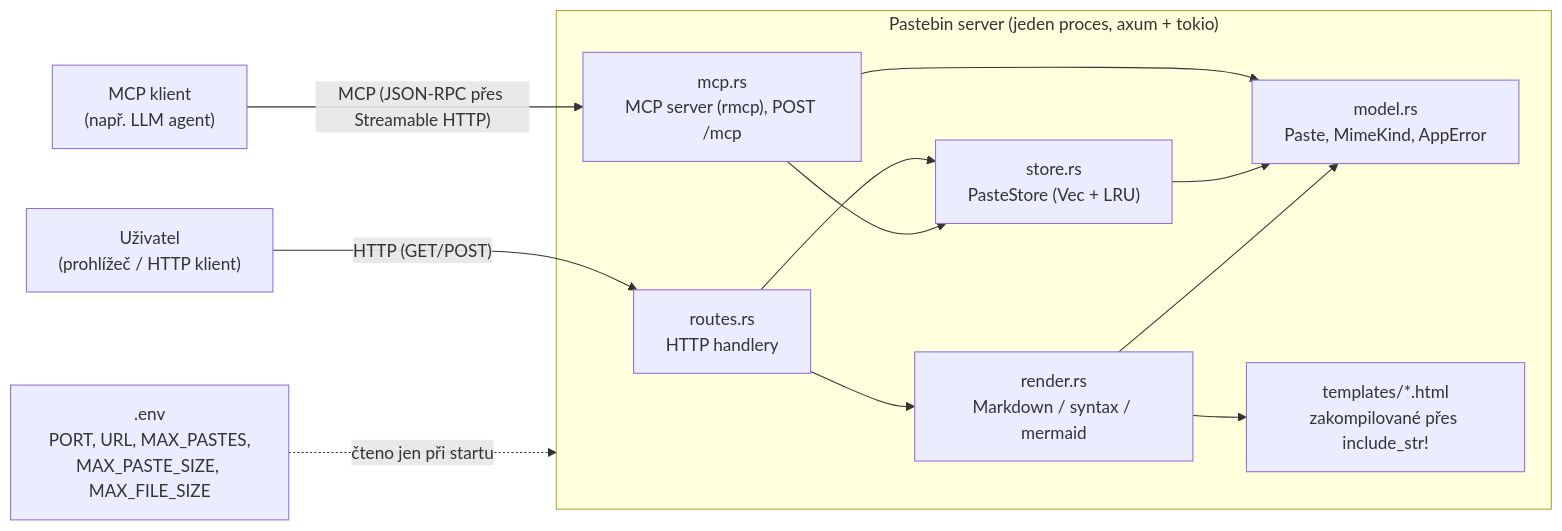
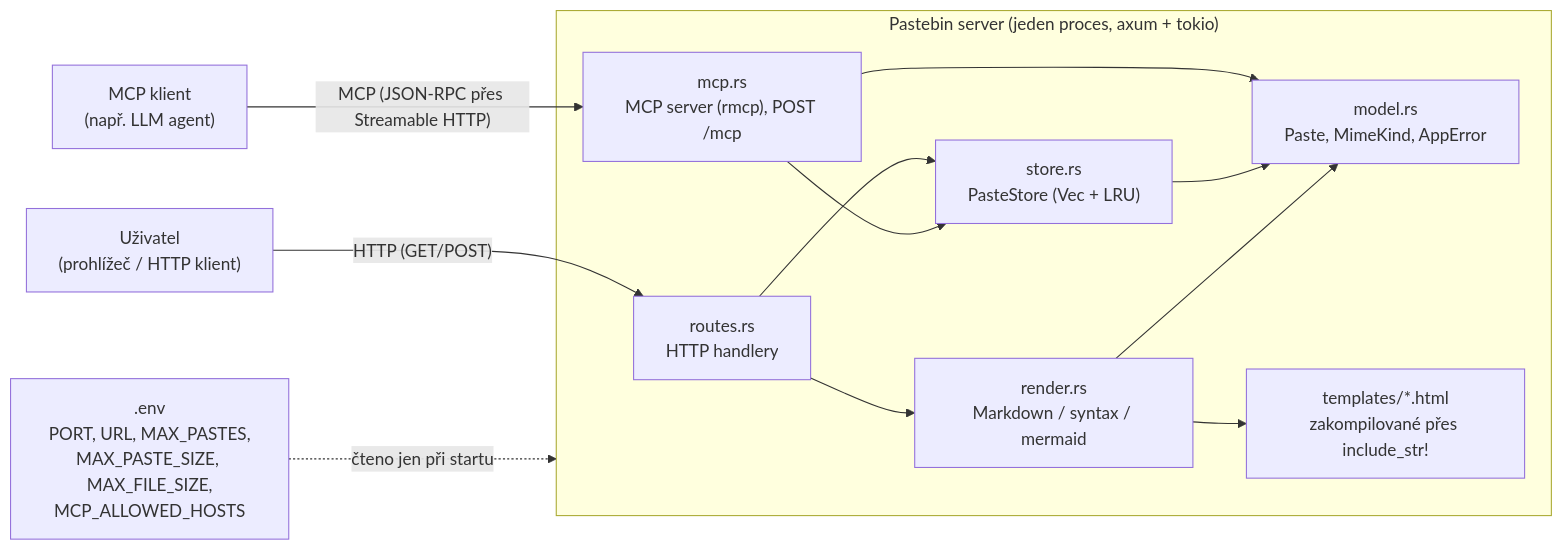
Before and after one commit to Onre739/pastebin: the diagram in docs/requirements.md, drawn with Mermaid. The commit also changed other lines of this file and 8 other files, not shown here.

Commit message:
feat: mcp allowed hosts #15

````diff
--- a/docs/requirements.md
+++ b/docs/requirements.md
@@ -200,27 +208,27 @@
 ```mermaid
 flowchart LR
     User["Uživatel<br/>(prohlížeč / HTTP klient)"]
     McpClient["MCP klient<br/>(např. LLM agent)"]
 
     subgraph System["Pastebin server (jeden proces, axum + tokio)"]
         Routes["routes.rs<br/>HTTP handlery"]
         Mcp["mcp.rs<br/>MCP server (rmcp), POST /mcp"]
         Store["store.rs<br/>PasteStore (Vec + LRU)"]
         Render["render.rs<br/>Markdown / syntax / mermaid"]
         Model["model.rs<br/>Paste, MimeKind, AppError"]
         Templates["templates/*.html<br/>zakompilované přes include_str!"]
     end
 
-    Env[".env<br/>PORT, URL, MAX_PASTES,<br/>MAX_PASTE_SIZE, MAX_FILE_SIZE"]
+    Env[".env<br/>PORT, URL, MAX_PASTES,<br/>MAX_PASTE_SIZE, MAX_FILE_SIZE,<br/>MCP_ALLOWED_HOSTS"]
 
     User -- "HTTP (GET/POST)" --> Routes
     McpClient -- "MCP (JSON-RPC přes Streamable HTTP)" --> Mcp
     Routes --> Store
     Routes --> Render
     Mcp --> Store
     Mcp --> Model
     Store --> Model
     Render --> Model
     Render --> Templates
     Env -. "čteno jen při startu" .-> System
 ```
````
